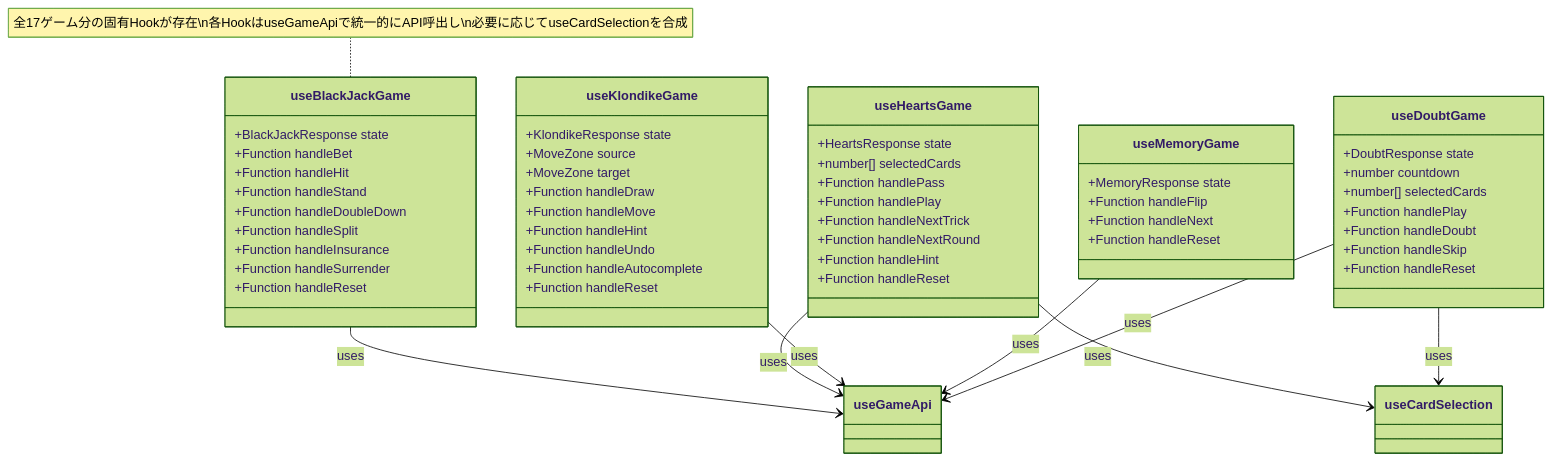
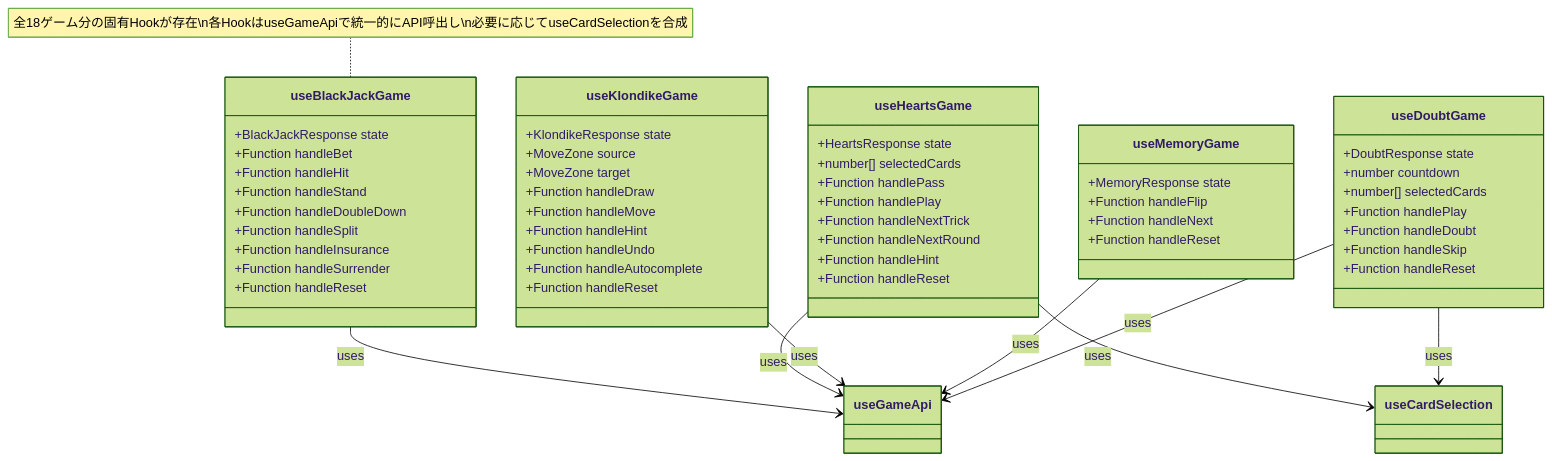
Before and after one commit to yuta-yoshinaga/go_trumpcards: the fifth of 16 diagrams in docs/design/frontend.md, drawn with Mermaid (forest theme). The commit also changed other lines of this file and 51 other files, not shown here.

First line of the commit message:
feat: add Napoleon (ナポレオン) card game

````diff
--- a/docs/design/frontend.md
+++ b/docs/design/frontend.md
@@ -310,64 +321,64 @@
 ```mermaid
 classDiagram
     class useBlackJackGame {
         +BlackJackResponse state
         +Function handleBet
         +Function handleHit
         +Function handleStand
         +Function handleDoubleDown
         +Function handleSplit
         +Function handleInsurance
         +Function handleSurrender
         +Function handleReset
     }
 
     class useHeartsGame {
         +HeartsResponse state
         +number[] selectedCards
         +Function handlePass
         +Function handlePlay
         +Function handleNextTrick
         +Function handleNextRound
         +Function handleHint
         +Function handleReset
     }
 
     class useKlondikeGame {
         +KlondikeResponse state
         +MoveZone source
         +MoveZone target
         +Function handleDraw
         +Function handleMove
         +Function handleHint
         +Function handleUndo
         +Function handleAutocomplete
         +Function handleReset
     }
 
     class useMemoryGame {
         +MemoryResponse state
         +Function handleFlip
         +Function handleNext
         +Function handleReset
     }
 
     class useDoubtGame {
         +DoubtResponse state
         +number countdown
         +number[] selectedCards
         +Function handlePlay
         +Function handleDoubt
         +Function handleSkip
         +Function handleReset
     }
 
     useBlackJackGame --> useGameApi : uses
     useHeartsGame --> useGameApi : uses
     useHeartsGame --> useCardSelection : uses
     useKlondikeGame --> useGameApi : uses
     useMemoryGame --> useGameApi : uses
     useDoubtGame --> useGameApi : uses
     useDoubtGame --> useCardSelection : uses
 
-    note for useBlackJackGame "全17ゲーム分の固有Hookが存在\n各HookはuseGameApiで統一的にAPI呼出し\n必要に応じてuseCardSelectionを合成"
+    note for useBlackJackGame "全18ゲーム分の固有Hookが存在\n各HookはuseGameApiで統一的にAPI呼出し\n必要に応じてuseCardSelectionを合成"
 ```
````
